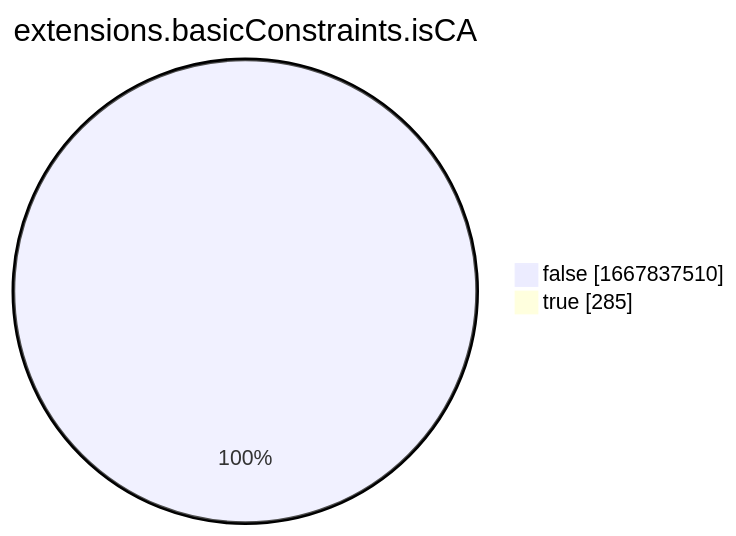
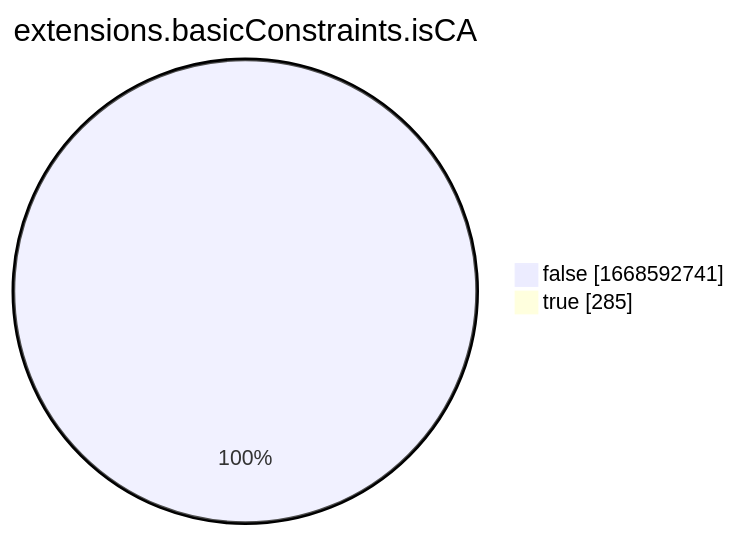
One commit to christiankrug/ctmonitor_visualization changed the eighth of 15 diagrams in xenon2022/README.md. Above: the diagram before and after it, drawn with Mermaid. The commit also changed other lines of this file, not shown here.

````diff
--- a/xenon2022/README.md
+++ b/xenon2022/README.md
@@ -2865,6 +2865,6 @@
 ```mermaid
 pie showData
 title extensions.basicConstraints.isCA
-"false" :1667837510
+"false" :1668592741
 "true" :285
 ```
````
